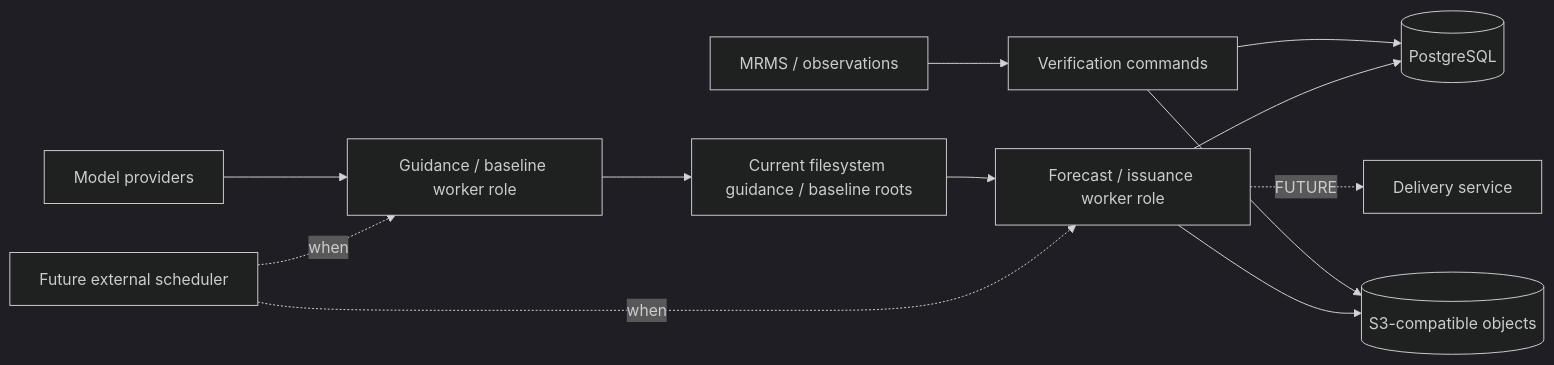
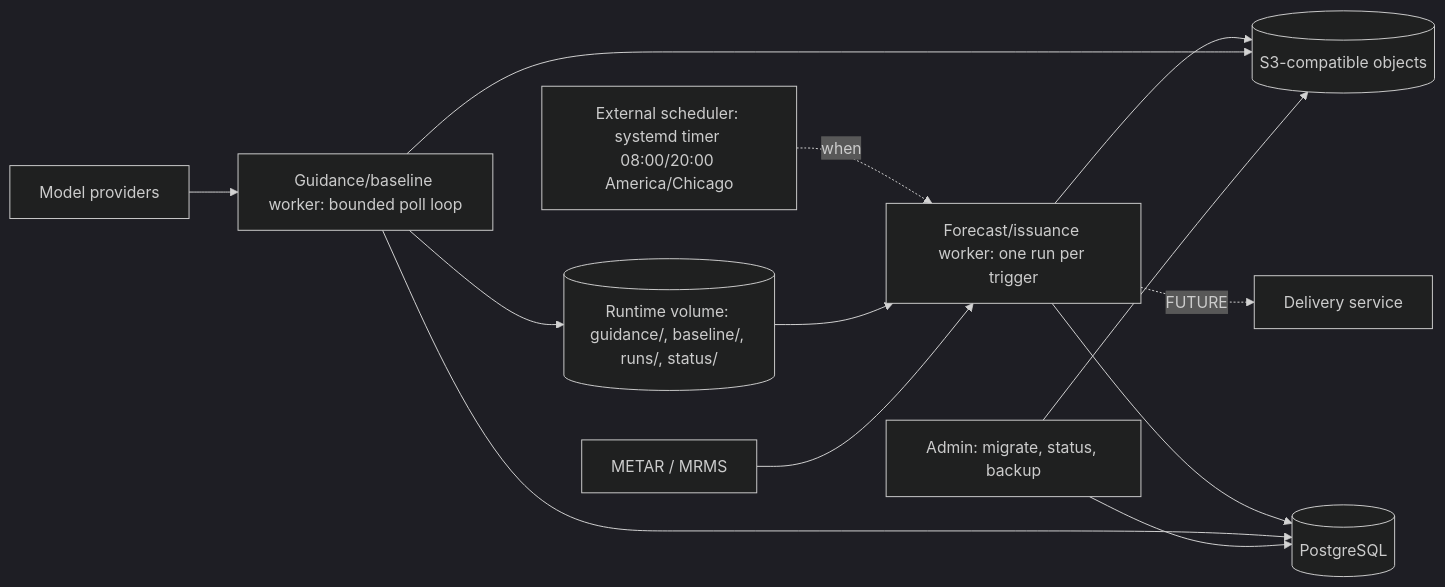
Before and after one commit to Tony-Ingle/mesoforge: the third of 3 diagrams in ARCHITECTURE.md, drawn with Mermaid (dark theme). The commit also changed other lines of this file and 42 other files, not shown here.

````diff
--- a/ARCHITECTURE.md
+++ b/ARCHITECTURE.md
@@ -1232,14 +1232,15 @@
 ```mermaid
 flowchart LR
-    X[Future external scheduler] -. when .-> G[Guidance / baseline worker role]
-    X -. when .-> F[Forecast / issuance worker role]
-    P[Model providers] --> G
-    G --> R[Current filesystem guidance / baseline roots]
-    R --> F
+    X[External scheduler: systemd timer 08:00/20:00 America/Chicago] -. when .-> F
+    P[Model providers] --> G[Guidance/baseline worker: bounded poll loop]
+    G --> R[(Runtime volume: guidance/, baseline/, runs/, status/)]
+    R --> F[Forecast/issuance worker: one run per trigger]
+    O[METAR / MRMS] --> F
     F --> DB[(PostgreSQL)]
     F --> S3[(S3-compatible objects)]
-    O[MRMS / observations] --> V[Verification commands]
-    V --> DB
-    V --> S3
+    G --> DB
+    G --> S3
+    A[Admin: migrate, status, backup] --> DB
+    A --> S3
     F -. FUTURE .-> D[Delivery service]
 ```
````
